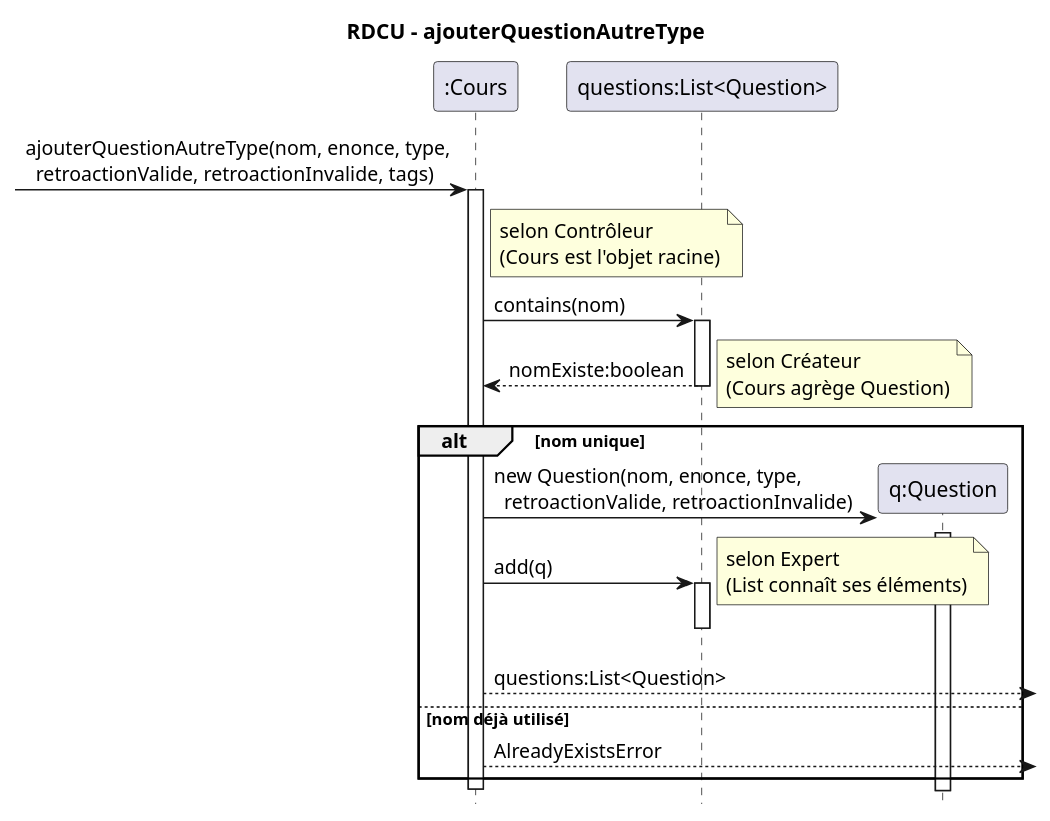
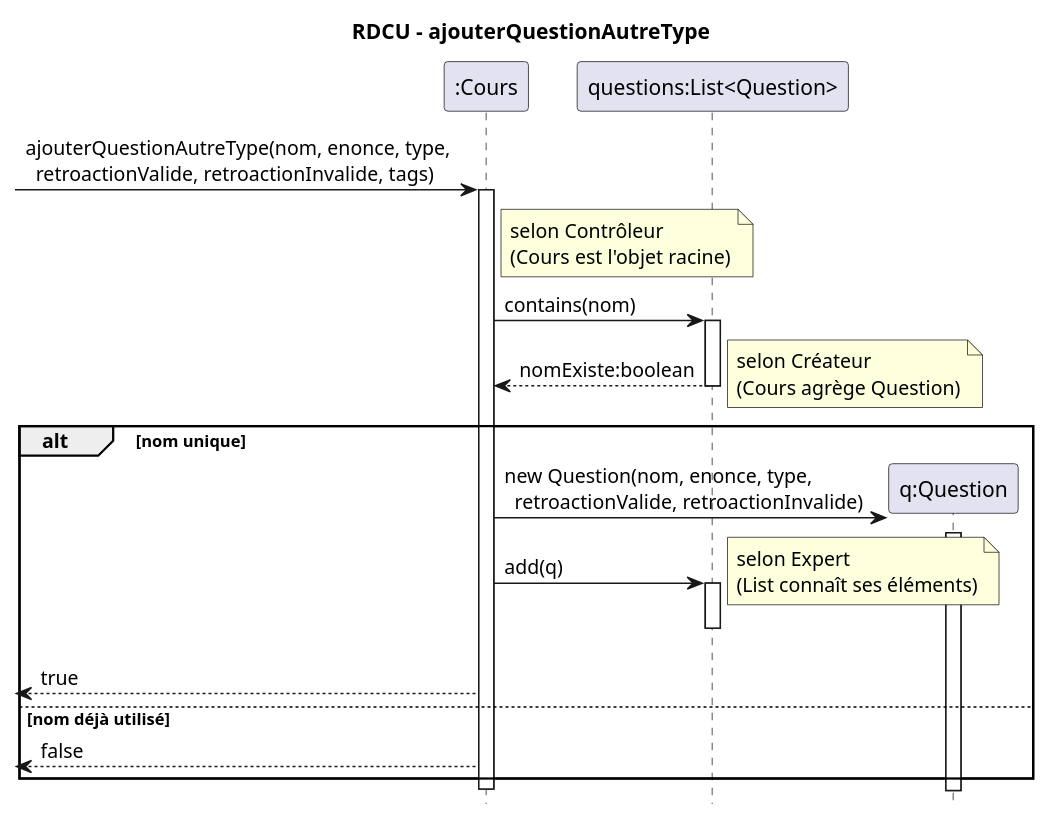
One commit to xMrYahya/moodle-clone changed the diagram in docs/modeles/cu02/rdcu-ajouter-question-autre-type.puml. Above: the diagram before and after it, drawn with PlantUML. The commit also changed 8 other files, not shown here.

Commit message:
Modification des diagrammes et completion du rapport

```diff
--- a/docs/modeles/cu02/rdcu-ajouter-question-autre-type.puml
+++ b/docs/modeles/cu02/rdcu-ajouter-question-autre-type.puml
@@ -1,55 +1,53 @@
 @startuml
 hide footbox
 title RDCU - ajouterQuestionAutreType
 
 participant ":Cours" as C
 participant "questions:List<Question>" as LQ
 participant "q:Question" as Q
 
 -> C : ajouterQuestionAutreType(nom, enonce, type,\n  retroactionValide, retroactionInvalide, tags)
 activate C
 
 note right of C
   selon Contrôleur
   (Cours est l'objet racine)
 end note
 
 C -> LQ : contains(nom)
 activate LQ
 LQ --> C : nomExiste:boolean
 deactivate LQ
 
 alt nom unique
   
   note right
     selon Créateur
     (Cours agrège Question)
   end note
   
   create Q
   C -> Q : new Question(nom, enonce, type,\n  retroactionValide, retroactionInvalide)
   activate Q
   deactivate Q
   
   C -> LQ : add(q)
   activate LQ
   deactivate LQ
-  
   note right
     selon Expert
     (List connaît ses éléments)
   end note
   
-  C --> : questions:List<Question>
-  
+    <-- C: true
 else nom déjà utilisé
   
-  C --> : AlreadyExistsError
+   <-- C: false
   
 end
 
 deactivate C
 
 
 
 @enduml
```
